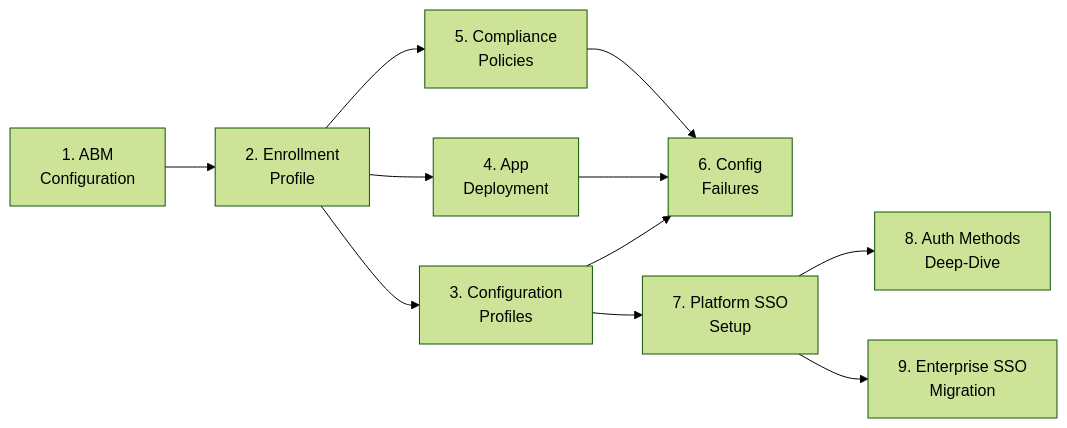
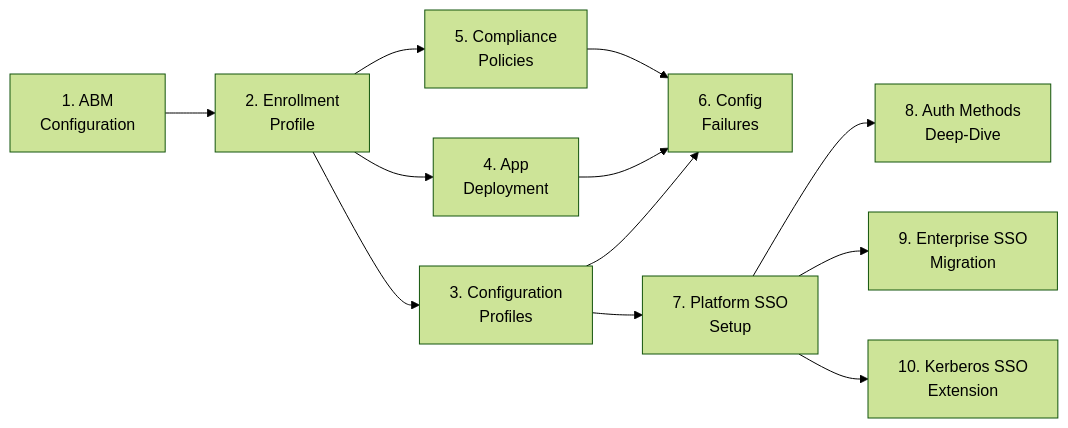
Before and after one commit to Schweinehund/Autopilot: the diagram in docs/admin-setup-macos/00-overview.md, drawn with Mermaid (forest theme). The commit also changed other lines of this file, not shown here.

First line of the commit message:
docs(83-03): 00-overview KRB-04 Mermaid node J + bullet item 10

````diff
--- a/docs/admin-setup-macos/00-overview.md
+++ b/docs/admin-setup-macos/00-overview.md
@@ -19,13 +19,14 @@
 ```mermaid
 graph LR
   A[1. ABM<br/>Configuration] --> B[2. Enrollment<br/>Profile]
   B --> C[3. Configuration<br/>Profiles]
   B --> D[4. App<br/>Deployment]
   B --> E[5. Compliance<br/>Policies]
   C --> F[6. Config<br/>Failures]
   D --> F
   E --> F
   C --> G[7. Platform SSO<br/>Setup]
   G --> H[8. Auth Methods<br/>Deep-Dive]
   G --> I[9. Enterprise SSO<br/>Migration]
+  G --> J[10. Kerberos SSO<br/>Extension]
 ```
````
